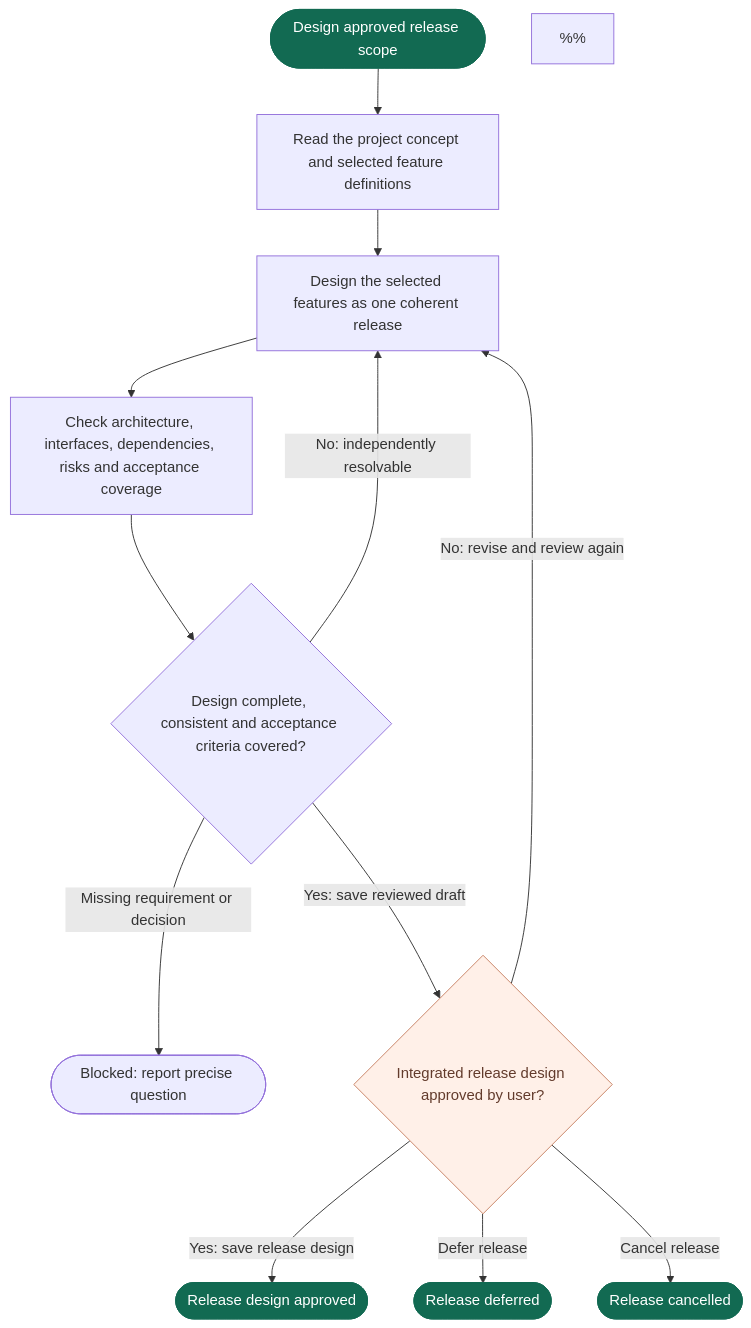
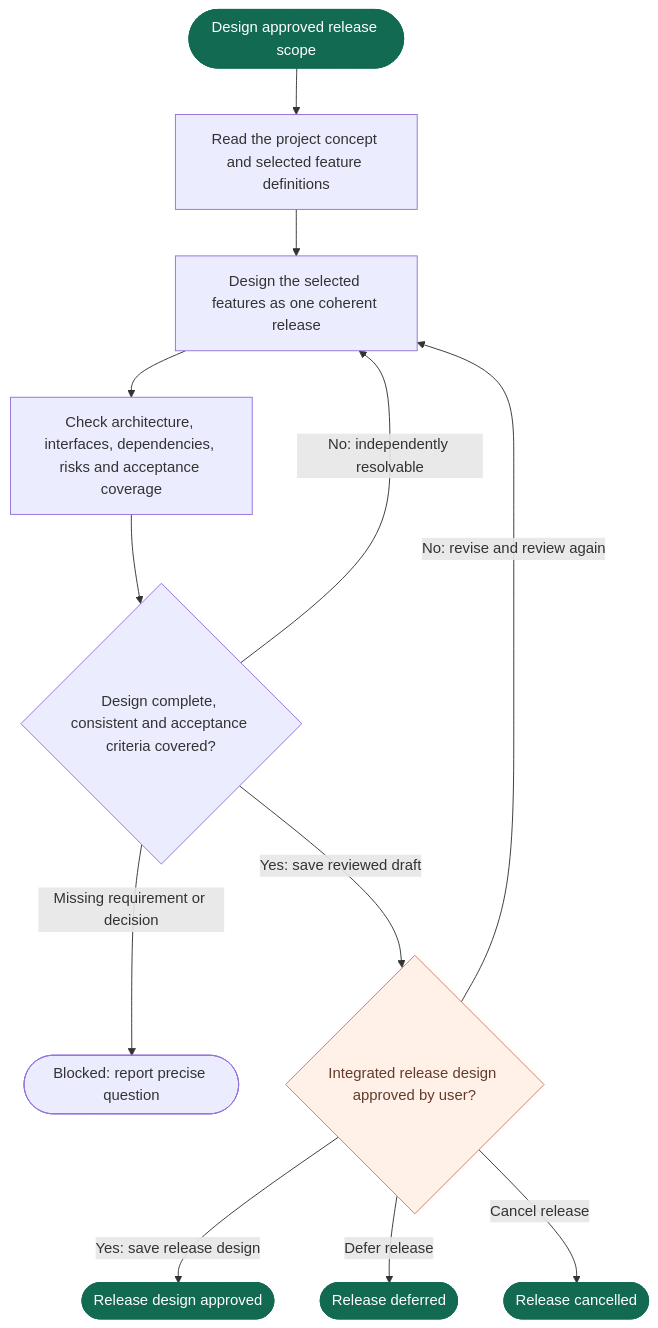
Before and after one commit to vanlangenlabs/vanlangenlabs-site: the diagram in docs/airflow/flows/design.mmd, drawn with Mermaid. The commit also changed 8 other files, not shown here.

```diff
--- a/docs/airflow/flows/design.mmd
+++ b/docs/airflow/flows/design.mmd
@@ -1,46 +1,46 @@
 flowchart TD
     start([Design approved release scope]) --> inspect[Read the project concept and selected feature definitions]
 %% @airflow-context inspect
 %% Load the approved concept, the exact approved scope, and only the feature
 %% Definitions listed there. Do not design backlog items outside the scope.
 %% @end-airflow-context
     inspect --> integrate[Design the selected features as one coherent release]
 %% @airflow-context integrate
 %% Design how the selected features work together as one version: shared
 %% components, interfaces, dependencies, data flows, risks, rollout and test
 %% approach. Trace every feature acceptance criterion to the integrated Design.
-%%
+
 %% Record path: `.air/releases/<version>/design.md`.
 %% Record outline: Scope reference; Integrated approach; Components and interfaces; Data and end-to-end behavior; Feature-to-design traceability; Risks and tradeoffs; Rollout and test strategy.
 %% Mutable statuses belong in the index. Example IDs and versions are placeholders.
 %% @end-airflow-context
     integrate --> review[Check architecture, interfaces, dependencies, risks and acceptance coverage]
     review --> quality{Design complete, consistent and acceptance criteria covered?}
     quality -- No: independently resolvable --> integrate
     quality -- Missing requirement or decision --> blocked([Blocked: report precise question])
     quality -- Yes: save reviewed draft --> designApproval{Integrated release design approved by user?}
 %% @airflow-context review
 %% Inspect existing architecture and constraints. Check every acceptance criterion
 %% has a design mapping and verification approach; check interfaces, dependencies,
 %% failure paths, rollout and risks for contradictions or omissions. Correct
 %% in-scope gaps autonomously before requesting approval. Do not invent product
 %% requirements. Escalate unresolved decisions or lack of progress with evidence.
 %% @end-airflow-context
     designApproval -- No: revise and review again --> integrate
     designApproval -- Yes: save release design --> designReady([Release design approved])
 %% @airflow-context designApproval
 %% The human approves the integrated Design against the current scope digest.
 %% Bind approval to the exact Design digest and record evidence in `.air/index.md`.
 %% Material scope/design changes invalidate affected approvals using Project impact rules.
-%%
+
 %% Release transition `scope-approved -> design-pending-approval`: Self-reviewed Design covers every scoped feature and records its scope digest; record_status becomes pending-approval. Owner: AI prepares and requests approval.
-%%
+
 %% Release transition `design-pending-approval -> design-approved`: Design digest is explicitly approved; append approval event. Owner: Human.
 %% @end-airflow-context
     designApproval -- Defer release --> designDeferred([Release deferred])
     designApproval -- Cancel release --> designCancelled([Release cancelled])
 
     classDef boundary fill:#126a52,color:#ffffff,stroke:#126a52
     classDef approval fill:#fff0e8,color:#633b2c,stroke:#c68162
     class start,designReady,designDeferred,designCancelled boundary
     class designApproval approval
```
